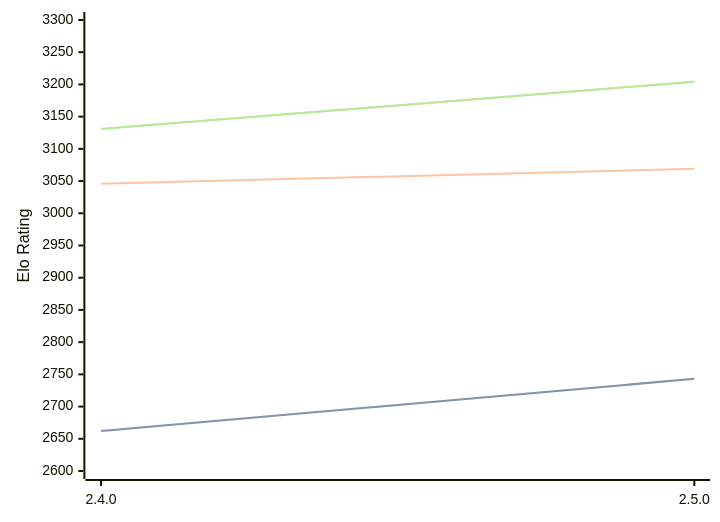
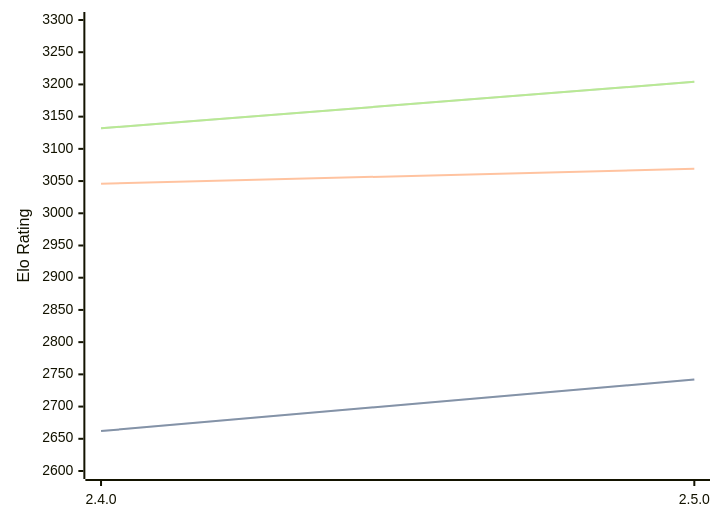
The diagram in engines/Sturddle2.md (computer-chess-index/cci), drawn with Mermaid before and after one commit. The commit also changed other lines of this file, not shown here.

Commit message:
Update CCI Ratings (ELO VLTC) - 2026-04-19

````diff
--- a/engines/Sturddle2.md
+++ b/engines/Sturddle2.md
@@ -37,11 +37,11 @@
 ```mermaid
 %%{init: {"theme":"base","themeVariables":{"seriesColors:['#a3a3a3','#222221','#faa371']}}}%%
 xychart-beta
   x-axis ["2.4.0", "2.5.0"]
   y-axis "Elo Rating" 2600 --> 3300
-  line "STC (8.0+0.08s)" [2662, 2743]
-  line "STC (8.0+0.08s)" [2662, 2743]
+  line "STC (8.0+0.08s)" [2662, 2742]
+  line "STC (8.0+0.08s)" [2662, 2742]
   line "LTC (60.0+0.60s)" [3046, 3069]
-  line "VLTC (2m24s+1.12s)" [3131, 3204]
-  line "VLTC (2m24s+1.12s)" [3131, 3204]
+  line "VLTC (2m24s+1.12s)" [3132, 3204]
+  line "VLTC (2m24s+1.12s)" [3132, 3204]
 ```
````
